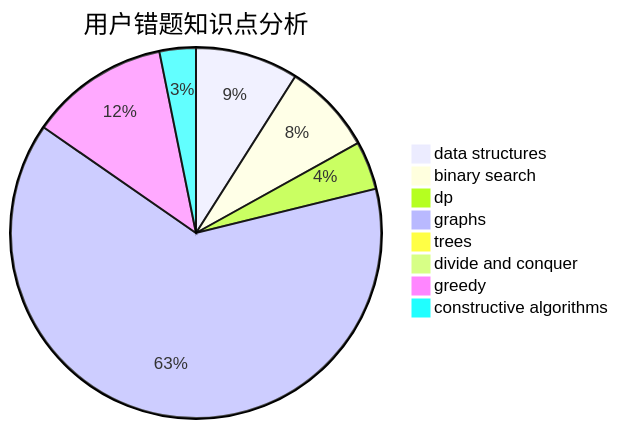
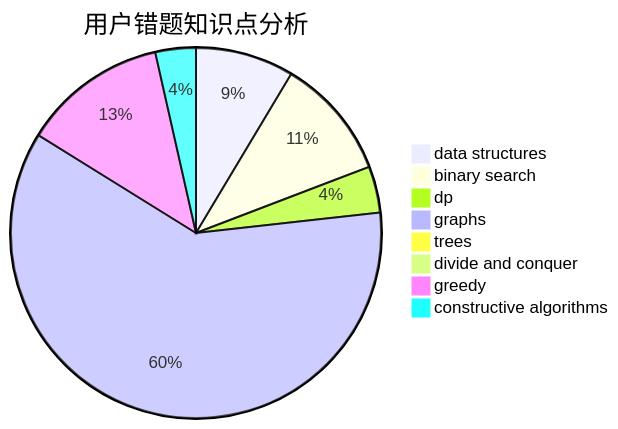
The third of 3 diagrams in docs/user/u2109.md (sherpahu/cfrs.github.io), drawn with Mermaid before and after one commit. The commit also changed other lines of this file and 2770 other files, not shown here.

````diff
--- a/docs/user/u2109.md
+++ b/docs/user/u2109.md
@@ -36,11 +36,11 @@
 ```mermaid
 pie title 用户错题知识点分析
     "data structures" :  17
-    "binary search" :  15
+    "binary search" :  21
     "dp" :  8
     "graphs" :  120
     "trees" :  1
     "divide and conquer" :  0
-    "greedy" :  23
-    "constructive algorithms" :  6
+    "greedy" :  25
+    "constructive algorithms" :  7
 ```
````
